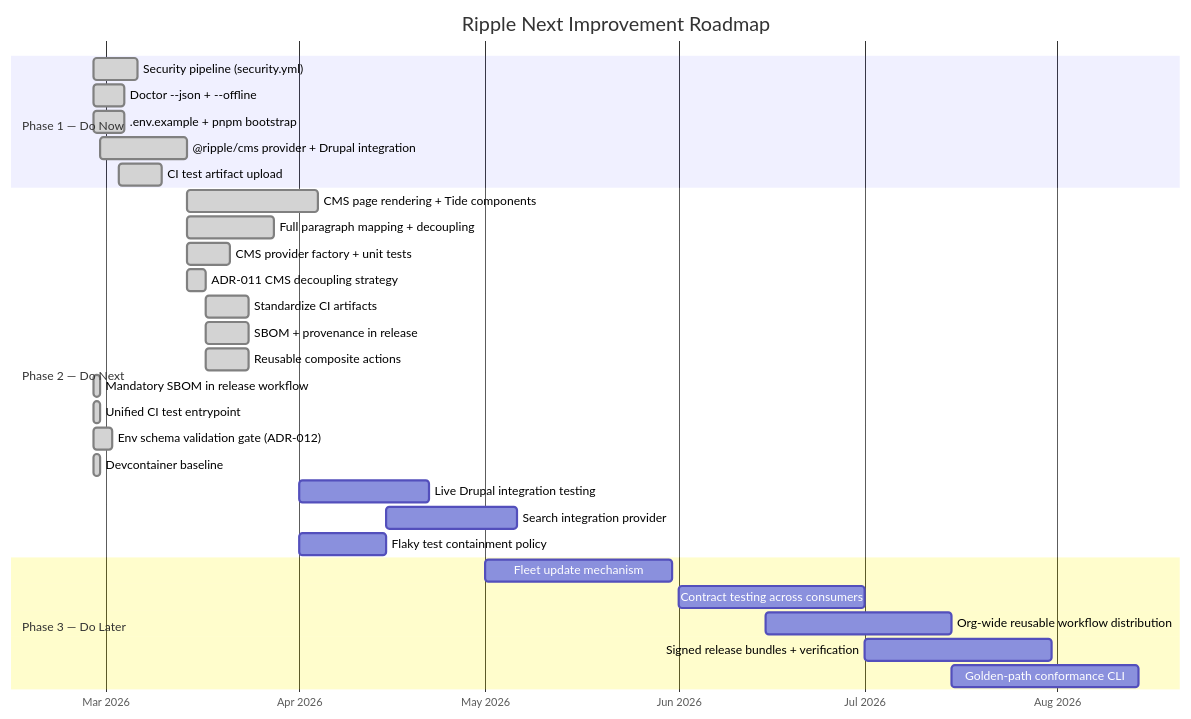
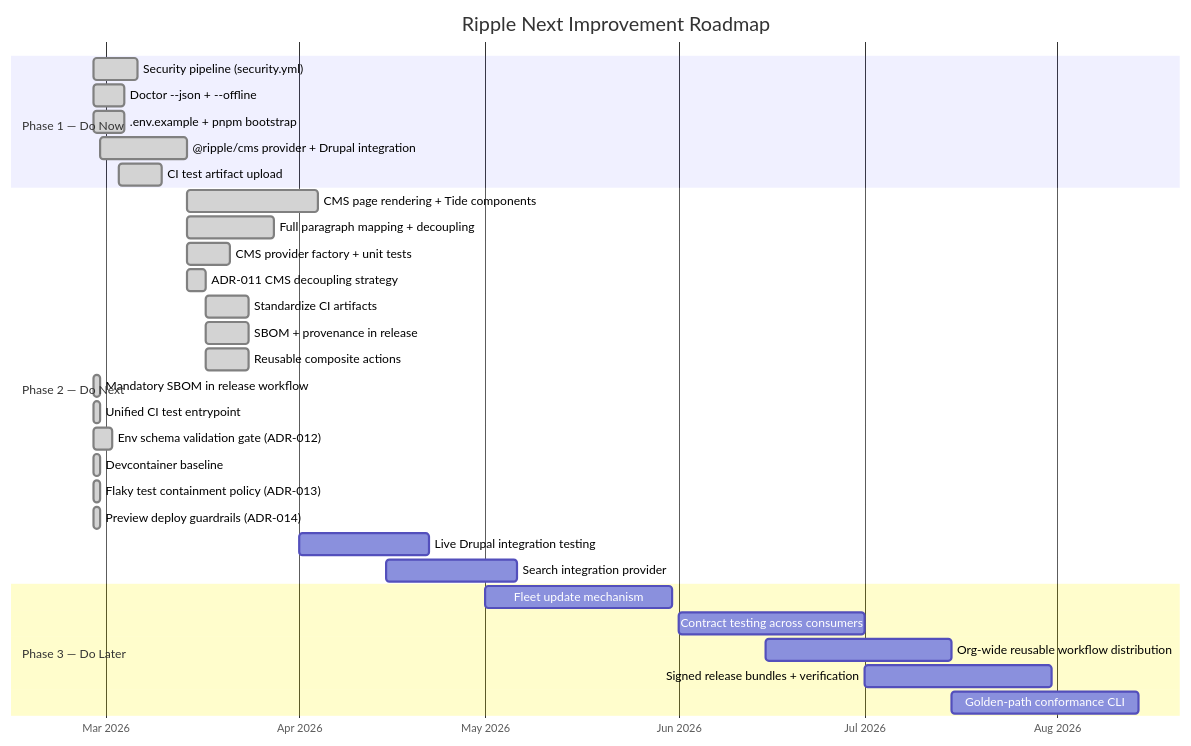
Before and after one commit to jbejenar/ripple-next: the eighth of 10 diagrams in docs/product-roadmap/README.md, drawn with Mermaid. The commit also changed other lines of this file and 12 other files, not shown here.

First line of the commit message:
feat: add flaky test containment policy and preview deploy guardrails

````diff
--- a/docs/product-roadmap/README.md
+++ b/docs/product-roadmap/README.md
@@ -494,36 +497,37 @@
 ```mermaid
 gantt
     title Ripple Next Improvement Roadmap
     dateFormat YYYY-MM-DD
     axisFormat %b %Y
 
     section Phase 1 — Do Now
     Security pipeline (security.yml)           :done, sec, 2026-02-27, 7d
     Doctor --json + --offline                  :done, doc, 2026-02-27, 5d
     .env.example + pnpm bootstrap              :done, env, 2026-02-27, 5d
     @ripple/cms provider + Drupal integration  :done, cms, 2026-02-28, 14d
     CI test artifact upload                    :done, art, 2026-03-03, 7d
 
     section Phase 2 — Do Next
     CMS page rendering + Tide components       :done, cms2, 2026-03-14, 21d
     Full paragraph mapping + decoupling        :done, para, 2026-03-14, 14d
     CMS provider factory + unit tests          :done, factory, 2026-03-14, 7d
     ADR-011 CMS decoupling strategy            :done, adr11, 2026-03-14, 3d
     Standardize CI artifacts                   :done, ci_art, 2026-03-17, 7d
     SBOM + provenance in release               :done, sbom, 2026-03-17, 7d
     Reusable composite actions                 :done, reuse, 2026-03-17, 7d
     Mandatory SBOM in release workflow         :done, sbom_mandatory, 2026-02-27, 1d
     Unified CI test entrypoint                 :done, unified_test, 2026-02-27, 1d
     Env schema validation gate (ADR-012)       :done, env_schema, 2026-02-27, 3d
     Devcontainer baseline                      :done, devcontainer, 2026-02-27, 1d
+    Flaky test containment policy (ADR-013)    :done, flaky, 2026-02-27, 1d
+    Preview deploy guardrails (ADR-014)        :done, preview_guard, 2026-02-27, 1d
     Live Drupal integration testing            :drupal, 2026-04-01, 21d
     Search integration provider                :search, 2026-04-15, 21d
-    Flaky test containment policy              :flaky, 2026-04-01, 14d
 
     section Phase 3 — Do Later
     Fleet update mechanism                     :fleet, 2026-05-01, 30d
     Contract testing across consumers          :contract, 2026-06-01, 30d
     Org-wide reusable workflow distribution    :orgwf, 2026-06-15, 30d
     Signed release bundles + verification      :signed, 2026-07-01, 30d
     Golden-path conformance CLI                :conformance, 2026-07-15, 30d
 ```
````
